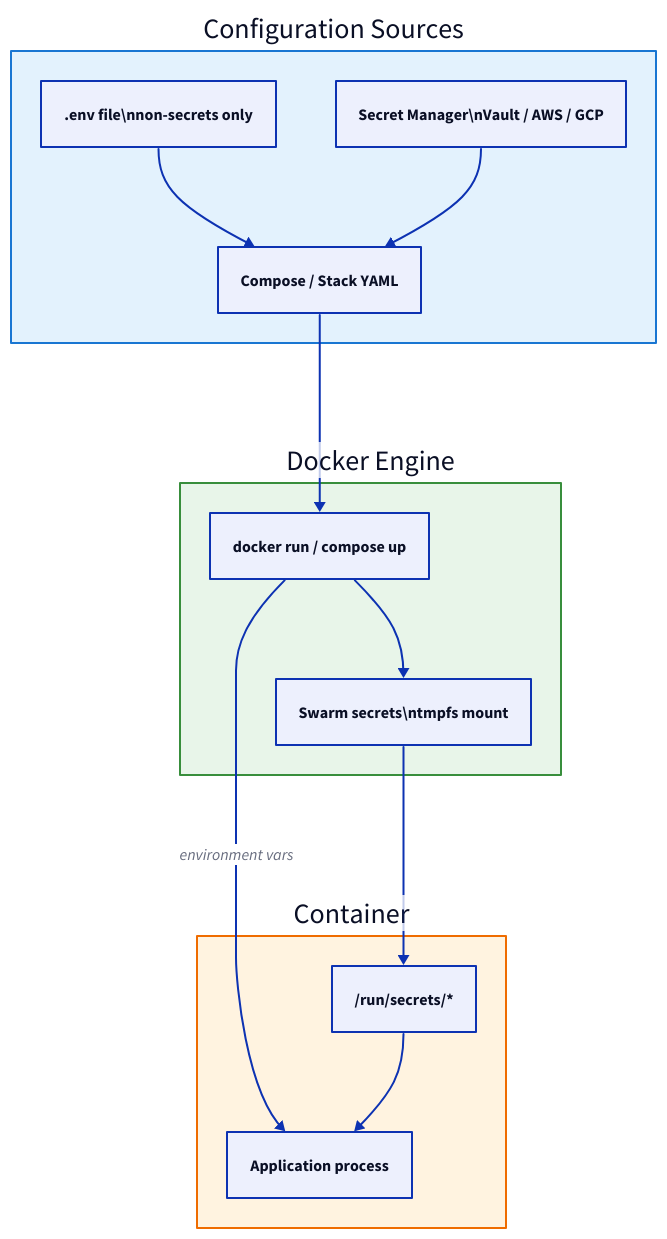
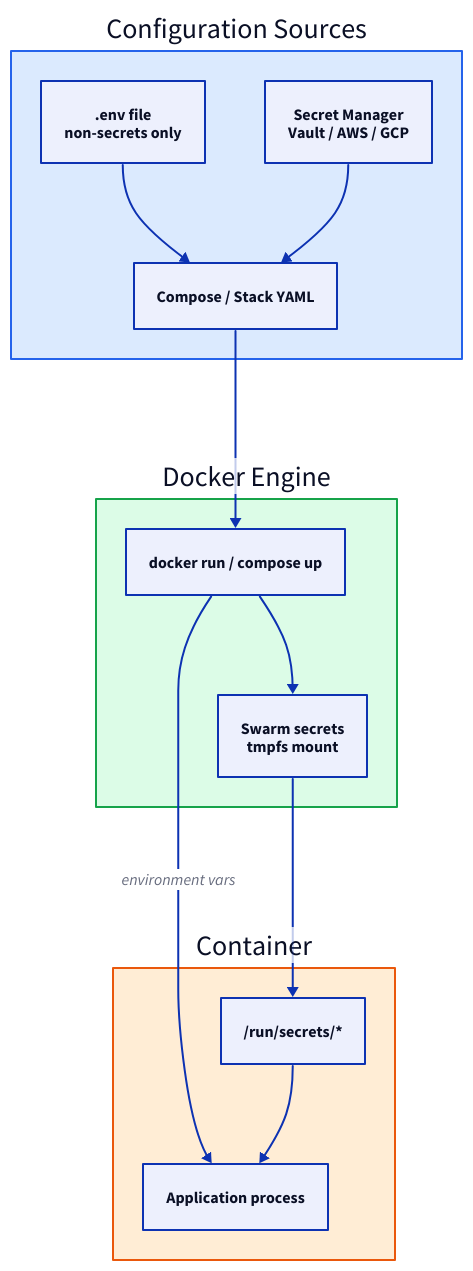
The diagram in docs/docker/environment-variables-and-secrets.md (rebash-rebash/rebash-academy), drawn with D2 before and after one commit. The commit also changed 177 other files, not shown here.

First line of the commit message:
Ship Terraform track, diagram polish, and new brand favicon.

````diff
--- a/docs/docker/environment-variables-and-secrets.md
+++ b/docs/docker/environment-variables-and-secrets.md
@@ -54,36 +54,36 @@
 ```d2
 direction: down
 
 sources: "Configuration Sources" {
       style: {
-        fill: "#e3f2fd"
-        stroke: "#1976d2"
+        fill: "#dbeafe"
+        stroke: "#2563eb"
       }
-        ENVFILE: ".env file\\nnon-secrets only"
-        SECRET_MGR: "Secret Manager\\nVault / AWS / GCP"
+        ENVFILE: ".env file\nnon-secrets only"
+        SECRET_MGR: "Secret Manager\nVault / AWS / GCP"
         COMPOSE: "Compose / Stack YAML"
     }
     docker: "Docker Engine" {
       style: {
-        fill: "#e8f5e9"
-        stroke: "#388e3c"
+        fill: "#dcfce7"
+        stroke: "#16a34a"
       }
         RUN: "docker run / compose up"
-        SWARM_SEC: "Swarm secrets\\ntmpfs mount"
+        SWARM_SEC: "Swarm secrets\ntmpfs mount"
     }
     container: Container {
       style: {
-        fill: "#fff3e0"
-        stroke: "#ef6c00"
+        fill: "#ffedd5"
+        stroke: "#ea580c"
       }
         PROC: "Application process"
         MNT: "/run/secrets/*"
     }
     sources.ENVFILE -> sources.COMPOSE
     sources.SECRET_MGR -> sources.COMPOSE
     sources.COMPOSE -> docker.RUN
     docker.RUN -> container.PROC: "environment vars"
     docker.RUN -> docker.SWARM_SEC
     docker.SWARM_SEC -> container.MNT
     container.MNT -> container.PROC
 ```
````
